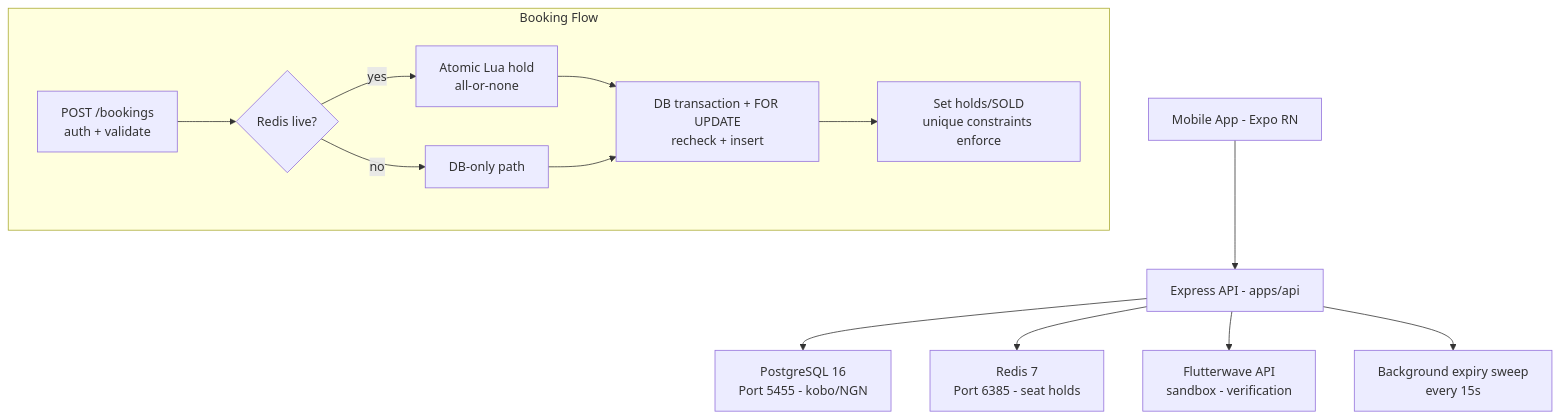
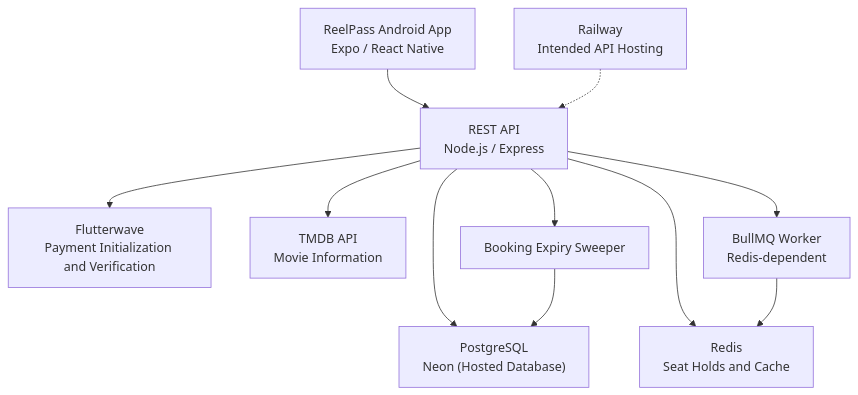
One commit to ScrappyAT/Reelpass changed the first of 2 diagrams in docs/ARCHITECTURE.md. Above: the diagram before and after it, drawn with Mermaid. The commit also changed other lines of this file and 4 other files, not shown here.

Commit message:
docs: complete ReelPass graduation documentation

````diff
--- a/docs/ARCHITECTURE.md
+++ b/docs/ARCHITECTURE.md
@@ -88,18 +30,17 @@
 ```mermaid
-graph TB
-  A[Mobile App - Expo RN] --> B[Express API - apps/api]
-  B --> C[PostgreSQL 16<br/>Port 5455 - kobo/NGN]
-  B --> D[Redis 7<br/>Port 6385 - seat holds]
-  B --> E[Flutterwave API<br/>sandbox - verification]
-  
-  subgraph "Booking Flow"
-    B1[POST /bookings<br/>auth + validate] --> B2{Redis live?}
-    B2 -->|yes| B3[Atomic Lua hold<br/>all-or-none]
-    B2 -->|no| B4[DB-only path]
-    B3 --> B5[DB transaction + FOR UPDATE<br/>recheck + insert]
-    B4 --> B5
-    B5 --> B6[Set holds/SOLD<br/>unique constraints enforce]
-  end
-  
-  B --> F[Background expiry sweep<br/>every 15s]
+flowchart TD
+    A["ReelPass Android App<br/>Expo / React Native"] --> B["REST API<br/>Node.js / Express"]
+
+    B --> C["PostgreSQL<br/>Neon (Hosted Database)"]
+    B --> D["Redis<br/>Seat Holds and Cache"]
+    B --> E["Flutterwave<br/>Payment Initialization and Verification"]
+    B --> F["TMDB API<br/>Movie Information"]
+
+    B --> G["Booking Expiry Sweeper"]
+    G --> C
+
+    B --> H["BullMQ Worker<br/>Redis-dependent"]
+    H --> D
+
+    I["Railway<br/>Intended API Hosting"] -.-> B
 ```
````
